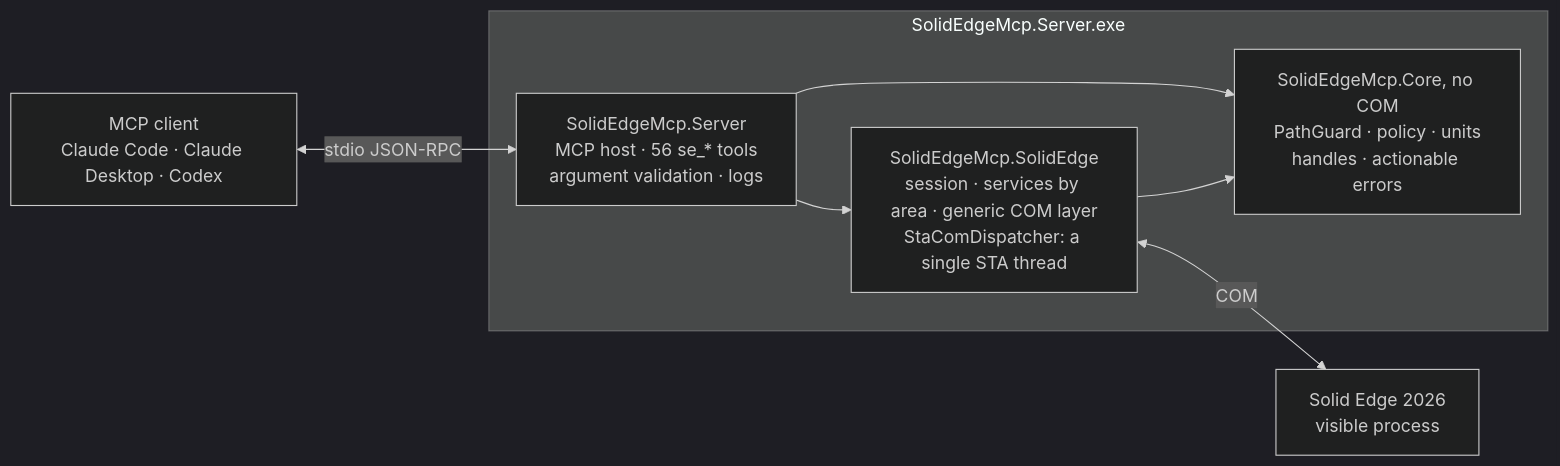
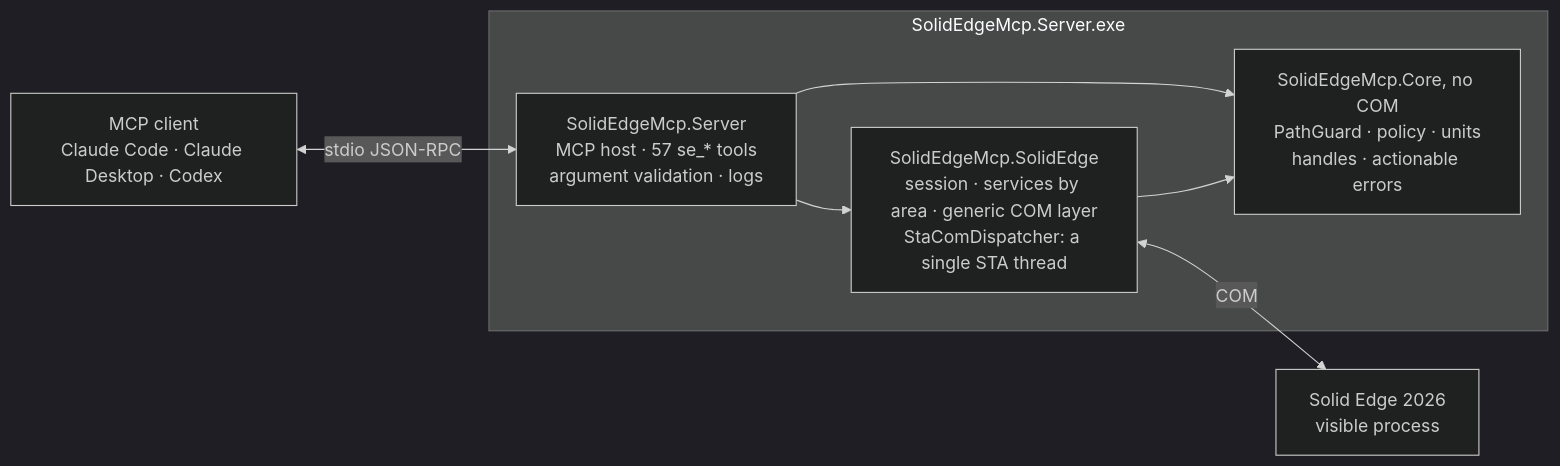
One commit to gabichuuuuu/solid-edge-mcp changed the diagram in README.md. Above: the diagram before and after it, drawn with Mermaid (dark theme). The commit also changed other lines of this file and 18 other files, not shown here.

````diff
--- a/README.md
+++ b/README.md
@@ -298,18 +299,18 @@
 ```mermaid
 flowchart LR
     client["MCP client<br/>Claude Code · Claude Desktop · Codex"]
 
     subgraph exe ["SolidEdgeMcp.Server.exe"]
-        server["SolidEdgeMcp.Server<br/>MCP host · 56 se_* tools<br/>argument validation · logs"]
+        server["SolidEdgeMcp.Server<br/>MCP host · 57 se_* tools<br/>argument validation · logs"]
         se["SolidEdgeMcp.SolidEdge<br/>session · services by area · generic COM layer<br/>StaComDispatcher: a single STA thread"]
         core["SolidEdgeMcp.Core, no COM<br/>PathGuard · policy · units<br/>handles · actionable errors"]
         server --> se
         server --> core
         se --> core
     end
 
     app["Solid Edge 2026<br/>visible process"]
 
     client <-->|stdio JSON-RPC| server
     se <-->|COM| app
 ```
````
